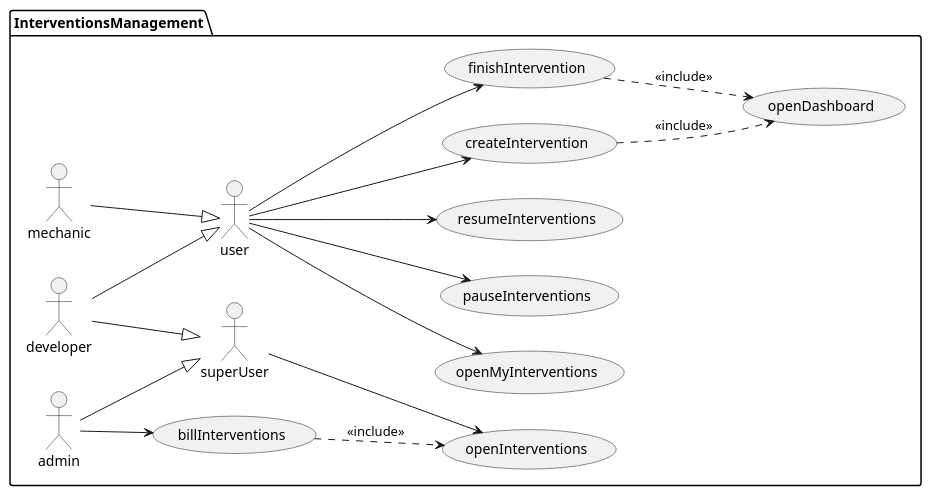
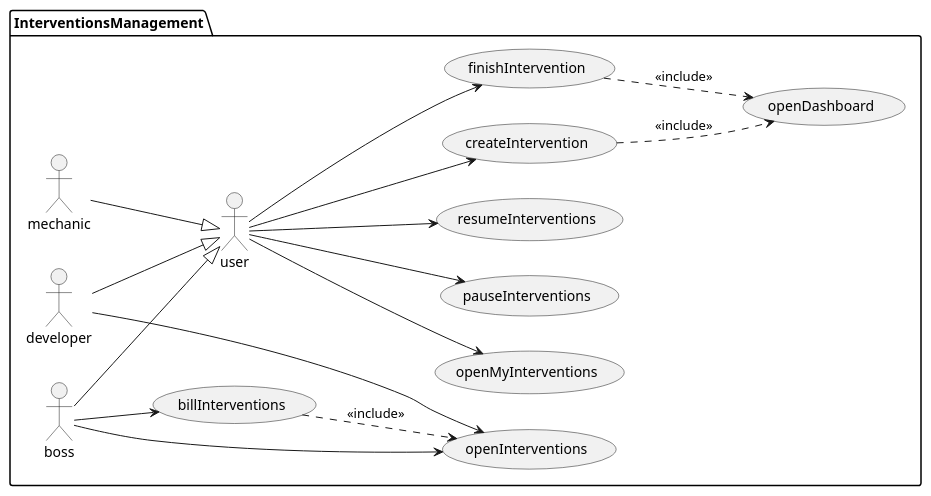
One commit to Ruskab/agrimManager changed the diagram in documentation/1usecasesview/usecases/puml/interventionUsecases.puml. Above: the diagram before and after it, drawn with PlantUML. The commit also changed 20 other files, not shown here.

```diff
--- a/documentation/1usecasesview/usecases/puml/interventionUsecases.puml
+++ b/documentation/1usecasesview/usecases/puml/interventionUsecases.puml
@@ -1,21 +1,21 @@
 @startuml
 left to right direction
 
 package InterventionsManagement {
 :mechanic: --|> :user:
 :developer: --|> :user:
-:admin: --|> :superUser:
-:developer: --|> :superUser:
+:boss: --|> :user:
 
 :user: --> (createIntervention)
 :user: --> (finishIntervention)
-:superUser: --> (openInterventions)
-:admin: --> (billInterventions)
+:boss: --> (openInterventions)
+:developer: ---> (openInterventions)
+:boss: --> (billInterventions)
 :user: --> (openMyInterventions)
 :user: --> (pauseInterventions)
 :user: --> (resumeInterventions)
 (createIntervention) ..> (openDashboard) : <<include>>
 (finishIntervention) ..> (openDashboard) : <<include>>
 (billInterventions) ..> (openInterventions) : <<include>>
 }
 @enduml
```
